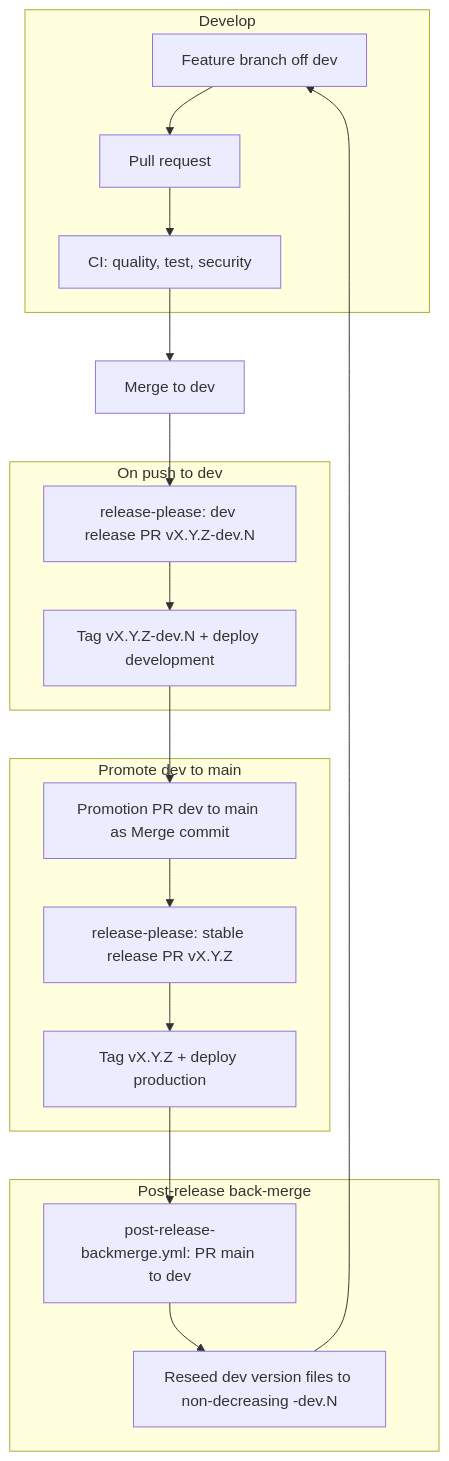
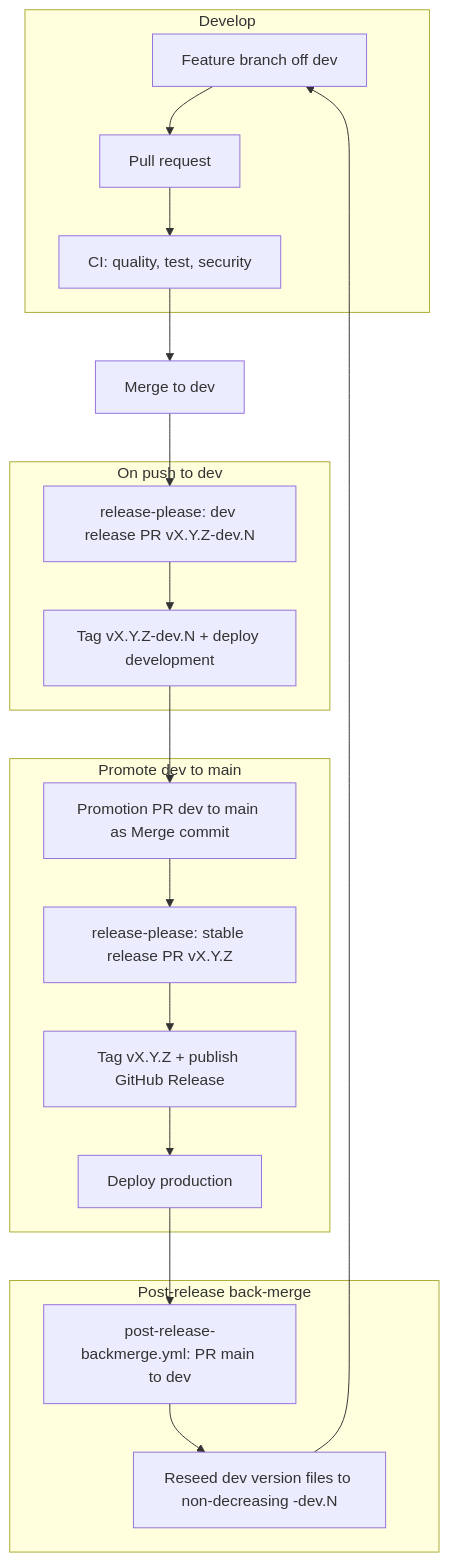
One commit to nikunjmavani/core-be changed the third of 6 diagrams in docs/deployment/ci-cd/cicd-and-deployment.md. Above: the diagram before and after it, drawn with Mermaid. The commit also changed other lines of this file and 8 other files, not shown here.

Commit message:
fix(ci): correct release-please flow

````diff
--- a/docs/deployment/ci-cd/cicd-and-deployment.md
+++ b/docs/deployment/ci-cd/cicd-and-deployment.md
@@ -171,34 +171,35 @@
 ```mermaid
 flowchart TB
   subgraph develop [Develop]
     Feature[Feature branch off dev]
     PR[Pull request]
     CI[CI: quality, test, security]
     Feature --> PR --> CI
   end
 
   subgraph onDev [On push to dev]
     DevReleasePlease[release-please: dev release PR vX.Y.Z-dev.N]
     DevTag[Tag vX.Y.Z-dev.N + deploy development]
     DevReleasePlease --> DevTag
   end
 
   subgraph promote [Promote dev to main]
     PromotePR[Promotion PR dev to main as Merge commit]
     MainReleasePlease[release-please: stable release PR vX.Y.Z]
-    MainTag[Tag vX.Y.Z + deploy production]
-    PromotePR --> MainReleasePlease --> MainTag
+    MainTag[Tag vX.Y.Z + publish GitHub Release]
+    ProdDeploy[Deploy production]
+    PromotePR --> MainReleasePlease --> MainTag --> ProdDeploy
   end
 
   subgraph backmerge [Post-release back-merge]
     BackmergeWorkflow["post-release-backmerge.yml: PR main to dev"]
     DevSeed["Reseed dev version files to non-decreasing -dev.N"]
     BackmergeWorkflow --> DevSeed
   end
 
   CI --> DevMerge[Merge to dev]
   DevMerge --> DevReleasePlease
   DevTag --> PromotePR
-  MainTag --> BackmergeWorkflow
+  ProdDeploy --> BackmergeWorkflow
   DevSeed --> Feature
 ```
````
